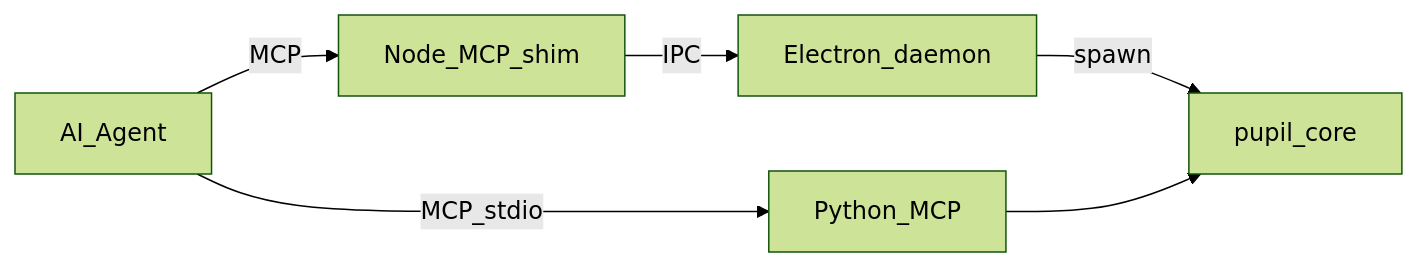
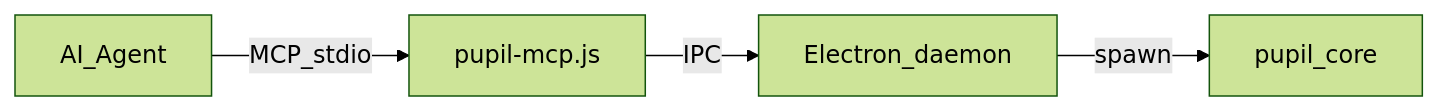
Before and after one commit to azouiaymen/Pupil: the diagram in README.md, drawn with Mermaid (forest theme). The commit also changed other lines of this file and 5 other files, not shown here.

````diff
--- a/README.md
+++ b/README.md
@@ -13,8 +60,6 @@
 ```mermaid
 flowchart LR
-    Agent[AI_Agent] -->|MCP| Shim[Node_MCP_shim]
+    Agent[AI_Agent] -->|MCP_stdio| Shim[pupil-mcp.js]
     Shim -->|IPC| Daemon[Electron_daemon]
     Daemon -->|spawn| Core[pupil_core]
-    Agent -->|MCP_stdio| Py[Python_MCP]
-    Py --> Core
 ```
````
